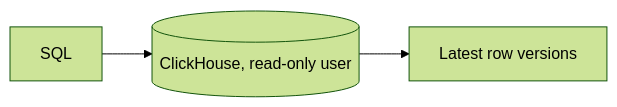
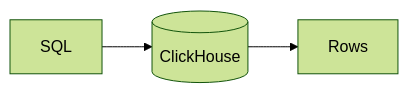
One commit to gitlabhq/orbit-knowledge-graph changed the fourth of 6 diagrams in docs/pages/engineering/architecture/querying/request-path.md. Above: the diagram before and after it, drawn with Mermaid (forest theme). The commit also changed other lines of this file and 3 other files, not shown here.

Commit message:
docs(architecture): apply the architecture page style to the querying section and add header images

````diff
--- a/docs/pages/engineering/architecture/querying/request-path.md
+++ b/docs/pages/engineering/architecture/querying/request-path.md
@@ -80,5 +63,4 @@
 ```mermaid
 flowchart LR
-    SQL --> CH[(ClickHouse, read-only user)]
-    CH --> Rows[Latest row versions]
+    SQL --> CH[(ClickHouse)] --> Rows
 ```
````
